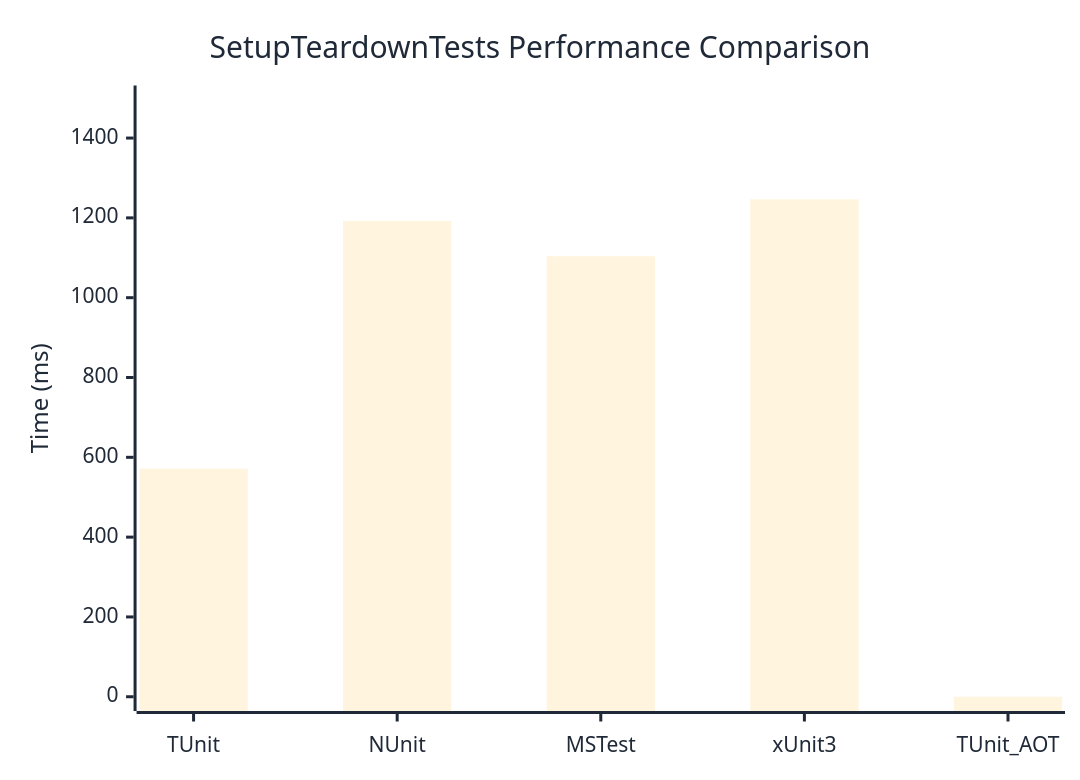
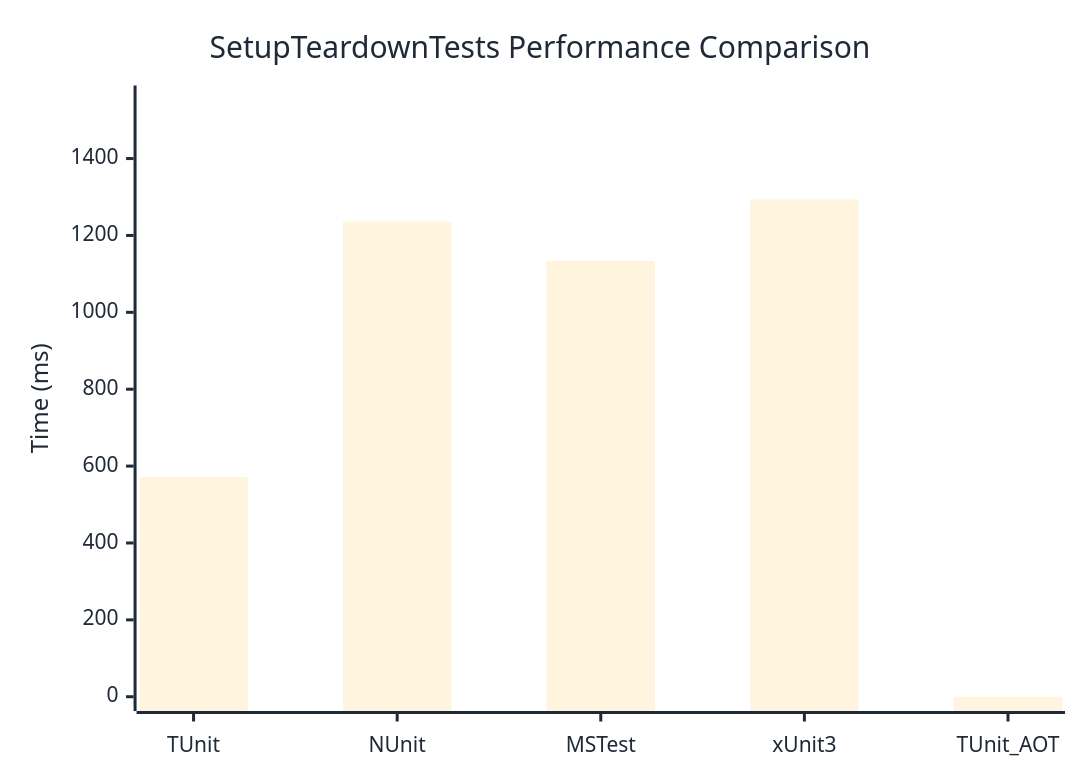
Before and after one commit to thomhurst/TUnit: the diagram in docs/docs/benchmarks/SetupTeardownTests.md, drawn with Mermaid. The commit also changed other lines of this file and 17 other files, not shown here.

````diff
--- a/docs/docs/benchmarks/SetupTeardownTests.md
+++ b/docs/docs/benchmarks/SetupTeardownTests.md
@@ -27,37 +27,37 @@
 ```mermaid
 %%{init: {
   'theme':'base',
   'themeVariables': {
     'primaryColor': '#2563eb',
     'primaryTextColor': '#1f2937',
     'primaryBorderColor': '#1e40af',
     'lineColor': '#6b7280',
     'secondaryColor': '#7c3aed',
     'tertiaryColor': '#dc2626',
     'background': '#ffffff',
     'mainBkg': '#2563eb',
     'secondBkg': '#7c3aed',
     'tertiaryBkg': '#dc2626',
     'clusterBkg': '#f3f4f6',
     'edgeLabelBackground': '#ffffff',
     'tertiaryTextColor': '#1f2937',
     'pie1': '#2563eb',
     'pie2': '#7c3aed',
     'pie3': '#dc2626',
     'pie4': '#f59e0b',
     'pie5': '#10b981',
     'pie6': '#06b6d4',
     'pie7': '#ec4899',
     'pie8': '#6366f1',
     'pie9': '#84cc16',
     'pie10': '#f97316',
     'pie11': '#14b8a6',
     'pie12': '#a855f7'
   }
 }}%%
 xychart-beta
   title "SetupTeardownTests Performance Comparison"
   x-axis ["TUnit", "NUnit", "MSTest", "xUnit3", "TUnit_AOT"]
-  y-axis "Time (ms)" 0 --> 1496
-  bar [571.4, 1192.4, 1104, 1246.5, 0]
+  y-axis "Time (ms)" 0 --> 1553
+  bar [571, 1236.1, 1133.8, 1293.4, 0]
 ```
````
